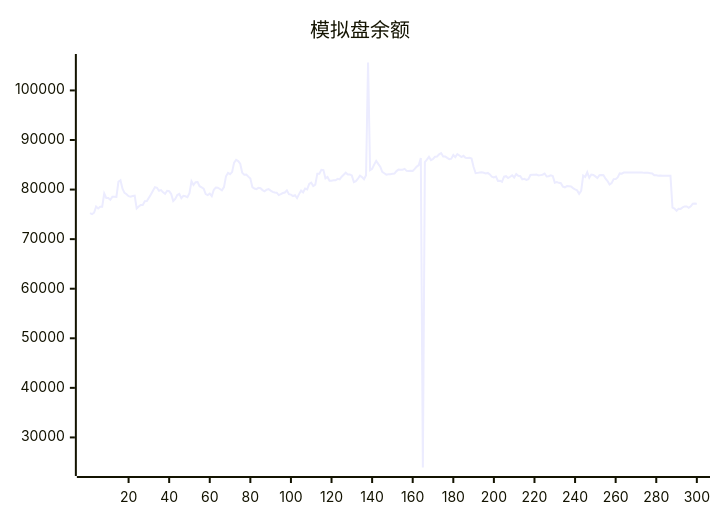
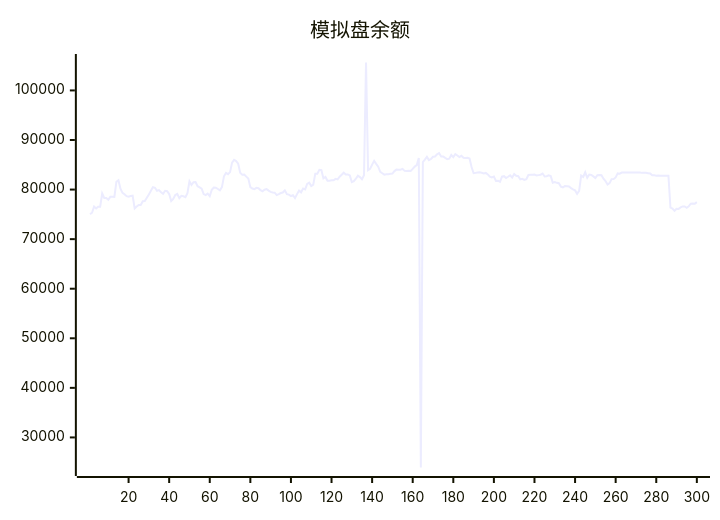
One commit to aahl/ai-trading changed the diagram in README.md. Above: the diagram before and after it, drawn with Mermaid. The commit also changed other lines of this file and 1 other file, not shown here.

````diff
--- a/README.md
+++ b/README.md
@@ -5,5 +5,5 @@
 ```mermaid
 xychart
     title "模拟盘余额"
-    line [75246,75052,75334,76564,76179,76553,76551,79196,78300,78300,77944,78531,78531,78521,81564,81884,80160,79335,79055,78675,78580,78708,78764,76179,76586,76902,76876,77658,77669,78346,79023,79769,80497,80366,79761,79896,79448,79126,79749,79658,79097,77695,78114,78888,79126,78249,78738,78653,78478,79271,81680,80923,81488,81527,80681,80455,80190,79084,78879,79193,78686,79954,80403,80374,80118,79848,80491,82665,83351,83098,83525,85430,85983,85737,85221,83378,83014,83043,82613,82216,80477,80208,80081,80348,80277,79894,79670,79965,80093,79786,79542,79406,79371,78893,79087,79304,79406,79841,79072,78978,78696,78846,78272,79085,79787,79442,80198,80031,81120,81379,80718,80985,83214,83212,83993,83921,82270,82547,81776,81776,81866,81866,82158,82061,82596,83000,83408,83041,83050,82858,81503,81691,82188,82812,82517,82092,82901,105633,83898,84180,85030,85781,85178,84604,83569,83298,83008,83093,83107,83175,83228,83729,84025,84017,84019,84177,83775,83762,83785,83738,84160,84639,84939,86370,23934,85548,86046,86599,85942,86161,86622,86664,87115,87369,86666,86685,86384,86152,86243,86969,86548,87164,86885,86566,86809,86427,86348,86417,86273,84538,83299,83369,83430,83490,83404,83270,83362,83056,82605,82459,82614,81734,81788,81551,82598,82702,82320,82580,82878,82426,83139,82778,82686,82056,82166,81963,82110,82951,82983,82984,83038,82838,82915,82998,83235,82642,82682,82858,82746,81396,81512,81362,81277,80600,80461,80699,80673,80616,80288,80038,79836,79142,79722,82837,82533,83480,82366,83032,82960,82654,82330,82883,82934,82901,82188,81728,81005,81298,82110,82135,82449,83264,83203,83440,83439,83440,83440,83446,83447,83448,83447,83448,83449,83369,83369,83369,83313,83256,82872,82873,82801,82844,82785,82791,82791,82793,82794,76339,76145,75714,76110,76096,76397,76594,76585,76310,76607,77160,77170,77160]
+    line [75052,75334,76564,76179,76553,76551,79196,78300,78300,77944,78531,78531,78521,81564,81884,80160,79335,79055,78675,78580,78708,78764,76179,76586,76902,76876,77658,77669,78346,79023,79769,80497,80366,79761,79896,79448,79126,79749,79658,79097,77695,78114,78888,79126,78249,78738,78653,78478,79271,81680,80923,81488,81527,80681,80455,80190,79084,78879,79193,78686,79954,80403,80374,80118,79848,80491,82665,83351,83098,83525,85430,85983,85737,85221,83378,83014,83043,82613,82216,80477,80208,80081,80348,80277,79894,79670,79965,80093,79786,79542,79406,79371,78893,79087,79304,79406,79841,79072,78978,78696,78846,78272,79085,79787,79442,80198,80031,81120,81379,80718,80985,83214,83212,83993,83921,82270,82547,81776,81776,81866,81866,82158,82061,82596,83000,83408,83041,83050,82858,81503,81691,82188,82812,82517,82092,82901,105633,83898,84180,85030,85781,85178,84604,83569,83298,83008,83093,83107,83175,83228,83729,84025,84017,84019,84177,83775,83762,83785,83738,84160,84639,84939,86370,23934,85548,86046,86599,85942,86161,86622,86664,87115,87369,86666,86685,86384,86152,86243,86969,86548,87164,86885,86566,86809,86427,86348,86417,86273,84538,83299,83369,83430,83490,83404,83270,83362,83056,82605,82459,82614,81734,81788,81551,82598,82702,82320,82580,82878,82426,83139,82778,82686,82056,82166,81963,82110,82951,82983,82984,83038,82838,82915,82998,83235,82642,82682,82858,82746,81396,81512,81362,81277,80600,80461,80699,80673,80616,80288,80038,79836,79142,79722,82837,82533,83480,82366,83032,82960,82654,82330,82883,82934,82901,82188,81728,81005,81298,82110,82135,82449,83264,83203,83440,83439,83440,83440,83446,83447,83448,83447,83448,83449,83369,83369,83369,83313,83256,82872,82873,82801,82844,82785,82791,82791,82793,82794,76339,76145,75714,76110,76096,76397,76594,76585,76310,76607,77160,77170,77160,77456]
 ```
````
